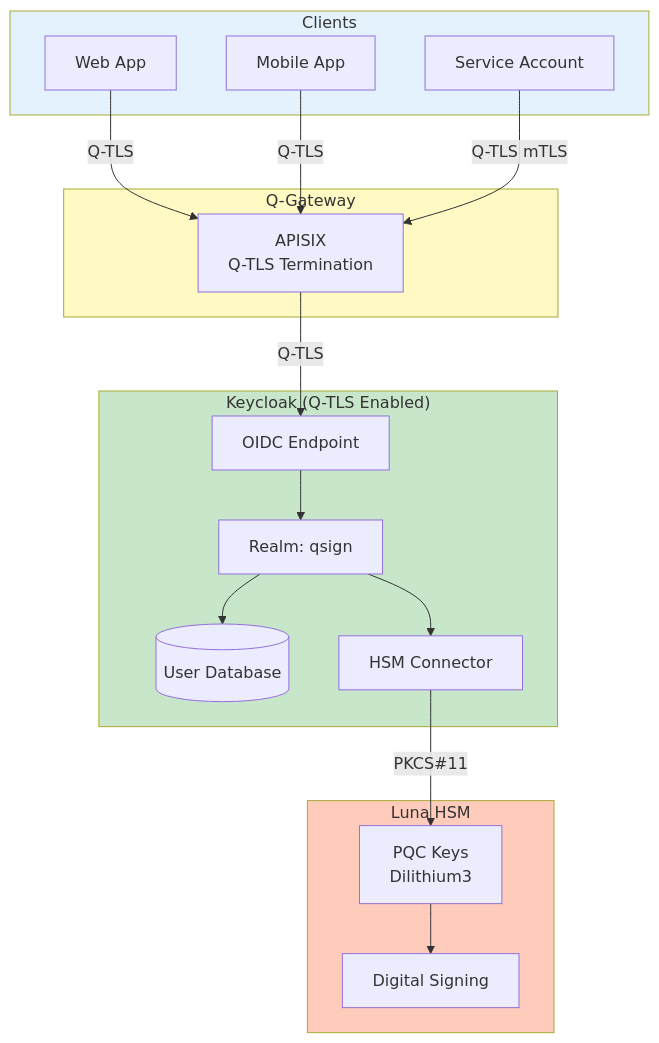
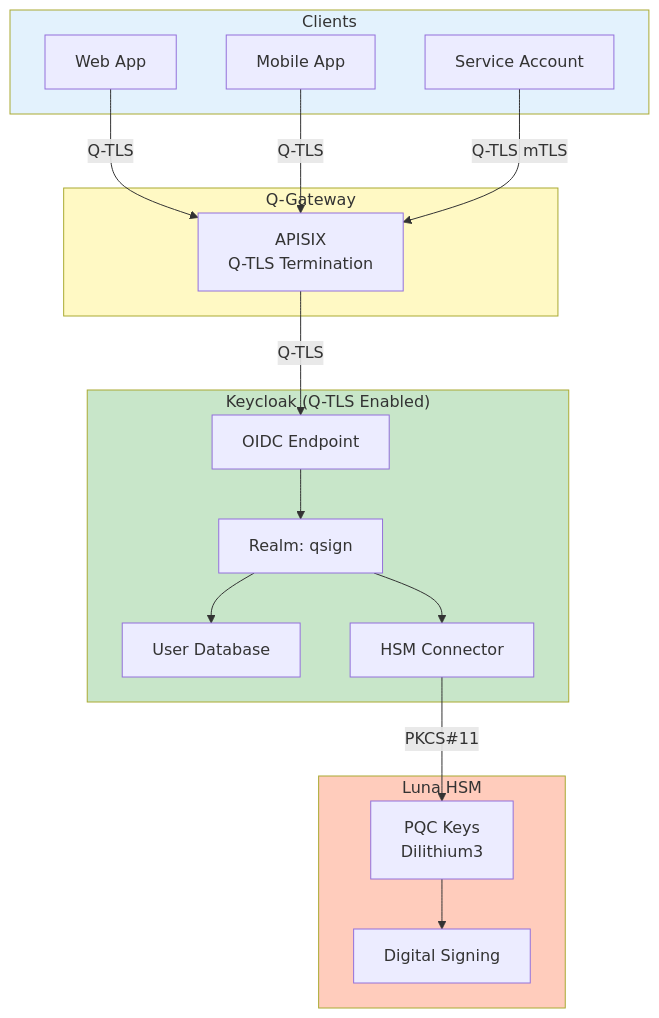
The second of 6 diagrams in 08-q-tls/INTEGRATION.md (infeelchoi/q-docs), drawn with Mermaid before and after one commit. The commit also changed 12 other files, not shown here.

First line of the commit message:
🔧 Mermaid 다이어그램 괄호 패턴 파싱 오류 수정

````diff
--- a/08-q-tls/INTEGRATION.md
+++ b/08-q-tls/INTEGRATION.md
@@ -379,41 +379,41 @@
 ```mermaid
 graph TB
     subgraph CLIENTS["Clients"]
         WEB[Web App]
         MOBILE[Mobile App]
         SERVICE[Service Account]
     end
 
     subgraph GATEWAY["Q-Gateway"]
         APISIX[APISIX<br/>Q-TLS Termination]
     end
 
     subgraph KEYCLOAK["Keycloak (Q-TLS Enabled)"]
         REALM[Realm: qsign]
         OIDC[OIDC Endpoint]
-        USER_DB[(User Database)]
+        USER_DB["User Database"]
         HSM_CONN[HSM Connector]
     end
 
     subgraph HSM["Luna HSM"]
         PQC_KEYS[PQC Keys<br/>Dilithium3]
         SIGNING[Digital Signing]
     end
 
     WEB -->|Q-TLS| APISIX
     MOBILE -->|Q-TLS| APISIX
     SERVICE -->|Q-TLS mTLS| APISIX
 
     APISIX -->|Q-TLS| OIDC
     OIDC --> REALM
     REALM --> USER_DB
     REALM --> HSM_CONN
 
     HSM_CONN -->|PKCS#11| PQC_KEYS
     PQC_KEYS --> SIGNING
 
     style CLIENTS fill:#e3f2fd
     style GATEWAY fill:#fff9c4
     style KEYCLOAK fill:#c8e6c9
     style HSM fill:#ffccbc
 ```
````
